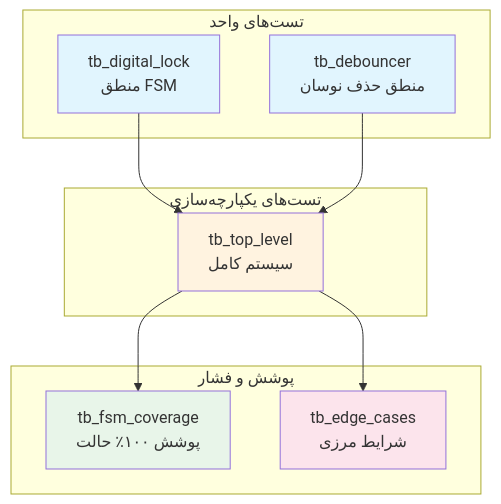
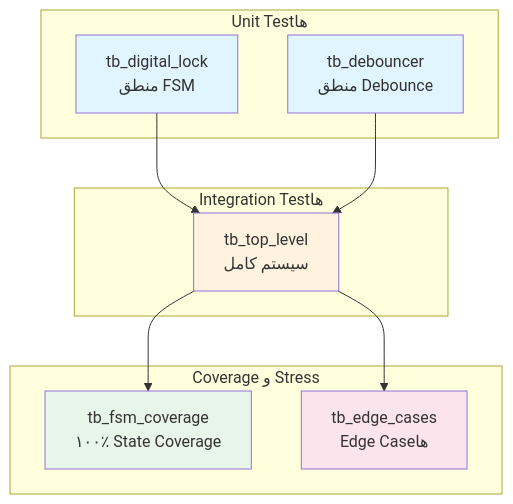
One commit to milad-afkhami/pattern-based-digital-lock changed the diagram in docs/testbenches-fa.md. Above: the diagram before and after it, drawn with Mermaid. The commit also changed other lines of this file and 9 other files, not shown here.

````diff
--- a/docs/testbenches-fa.md
+++ b/docs/testbenches-fa.md
@@ -29,27 +29,27 @@
 ```mermaid
 flowchart TB
-    subgraph "تست‌های واحد"
+    subgraph "Unit Test‌ها"
         tb_lock[tb_digital_lock\nمنطق FSM]
-        tb_deb[tb_debouncer\nمنطق حذف نوسان]
+        tb_deb[tb_debouncer\nمنطق Debounce]
     end
 
-    subgraph "تست‌های یکپارچه‌سازی"
+    subgraph "Integration Test‌ها"
         tb_top[tb_top_level\nسیستم کامل]
     end
 
-    subgraph "پوشش و فشار"
-        tb_cov[tb_fsm_coverage\nپوشش ۱۰۰٪ حالت]
-        tb_edge[tb_edge_cases\nشرایط مرزی]
+    subgraph "Coverage و Stress"
+        tb_cov[tb_fsm_coverage\n۱۰۰٪ State Coverage]
+        tb_edge[tb_edge_cases\nEdge Case‌ها]
     end
 
     tb_lock --> tb_top
     tb_deb --> tb_top
     tb_top --> tb_cov
     tb_top --> tb_edge
 
     style tb_lock fill:#e1f5fe
     style tb_deb fill:#e1f5fe
     style tb_top fill:#fff3e0
     style tb_cov fill:#e8f5e9
     style tb_edge fill:#fce4ec
 ```
````
